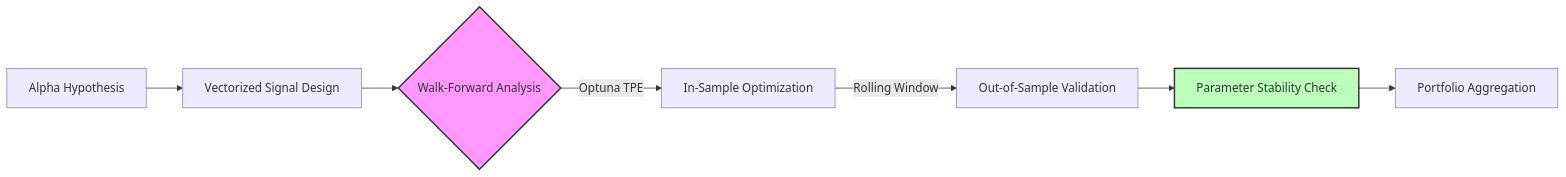
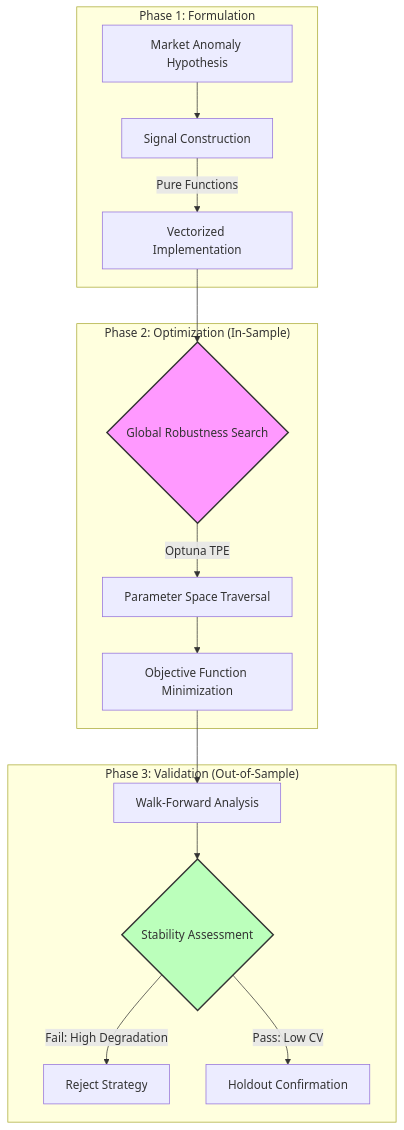
Before and after one commit to xxxxyyyy80008/xxxxyyyy80008.github.io: the diagram in docs/alpha-research/index.md, drawn with Mermaid. The commit also changed other lines of this file, not shown here.

````diff
--- a/docs/alpha-research/index.md
+++ b/docs/alpha-research/index.md
@@ -33,12 +33,23 @@
 ```mermaid
-graph LR
-    A[Alpha Hypothesis] --> B[Vectorized Signal Design]
-    B --> C{Walk-Forward Analysis}
-    C -->|Optuna TPE| D[In-Sample Optimization]
-    D -->|Rolling Window| E[Out-of-Sample Validation]
-    E --> F[Parameter Stability Check]
-    F --> G[Portfolio Aggregation]
-    
-    style C fill:#f9f,stroke:#333,stroke-width:2px
-    style F fill:#bfb,stroke:#333,stroke-width:2px
+graph TD
+    subgraph "Phase 1: Formulation"
+        A[Market Anomaly Hypothesis] --> B[Signal Construction]
+        B -->|Pure Functions| C[Vectorized Implementation]
+    end
+
+    subgraph "Phase 2: Optimization (In-Sample)"
+        C --> D{Global Robustness Search}
+        D -->|Optuna TPE| E[Parameter Space Traversal]
+        E --> F[Objective Function Minimization]
+    end
+
+    subgraph "Phase 3: Validation (Out-of-Sample)"
+        F --> G[Walk-Forward Analysis]
+        G --> H{Stability Assessment}
+        H -->|Fail: High Degradation| I[Reject Strategy]
+        H -->|Pass: Low CV| J[Holdout Confirmation]
+    end
+
+    style D fill:#f9f,stroke:#333,stroke-width:2px
+    style H fill:#bfb,stroke:#333,stroke-width:2px
 ```
````
